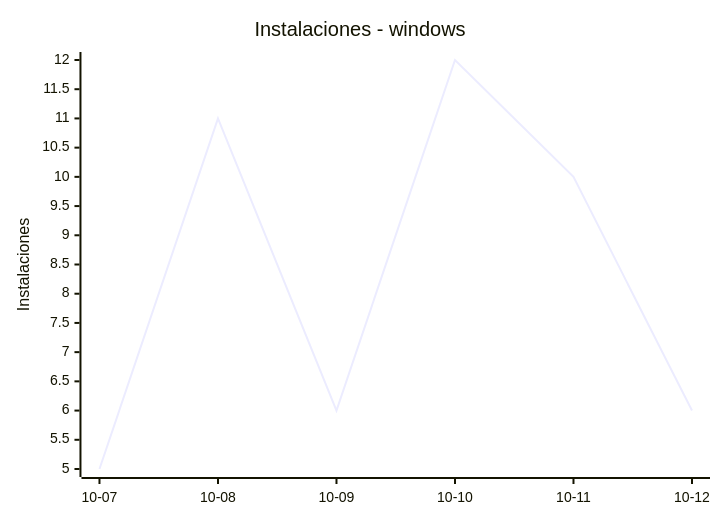
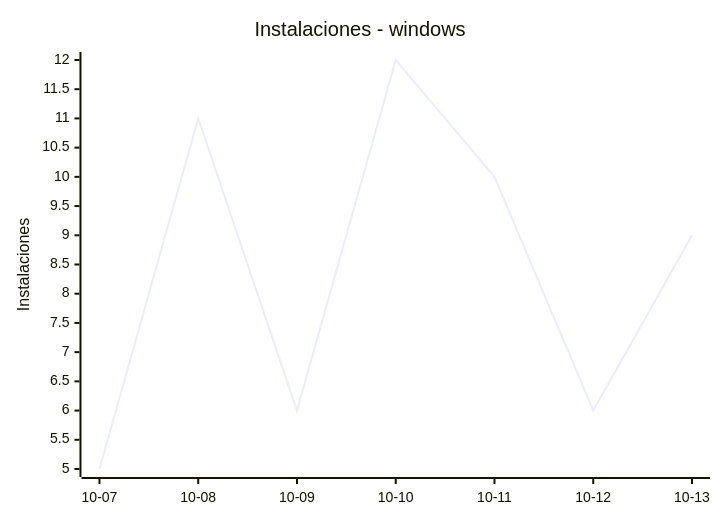
Before and after one commit to EmuDeck/stats: the sixth of 8 diagrams in README.md, drawn with Mermaid. The commit also changed other lines of this file and 2 other files, not shown here.

````diff
--- a/README.md
+++ b/README.md
@@ -68,7 +68,7 @@
 ```mermaid
 xychart-beta
     title "Instalaciones - windows"
-    x-axis ["10-07", "10-08", "10-09", "10-10", "10-11", "10-12"]
+    x-axis ["10-07", "10-08", "10-09", "10-10", "10-11", "10-12", "10-13"]
     y-axis "Instalaciones"
-    line [5, 11, 6, 12, 10, 6]
+    line [5, 11, 6, 12, 10, 6, 9]
 ```
````
